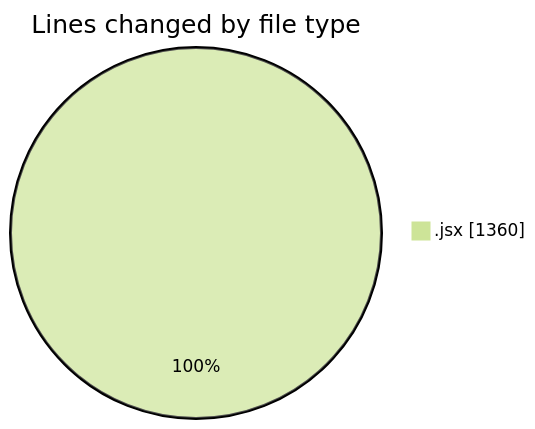
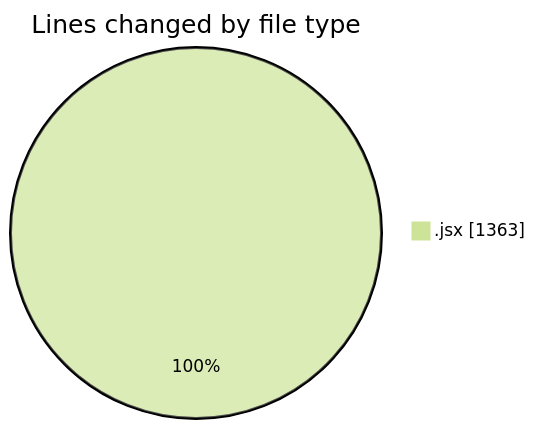
One commit to nxtqubesakshisongat/code-tracking changed the first of 2 diagrams in 2025-11-17/nxtqube_webapp/README.md. Above: the diagram before and after it, drawn with Mermaid (forest theme). The commit also changed other lines of this file and 1 other file, not shown here.

````diff
--- a/2025-11-17/nxtqube_webapp/README.md
+++ b/2025-11-17/nxtqube_webapp/README.md
@@ -20,5 +20,5 @@
 ```mermaid
 pie showData
 title Lines changed by file type
-".jsx" : 1360
+".jsx" : 1363
 ```
````
